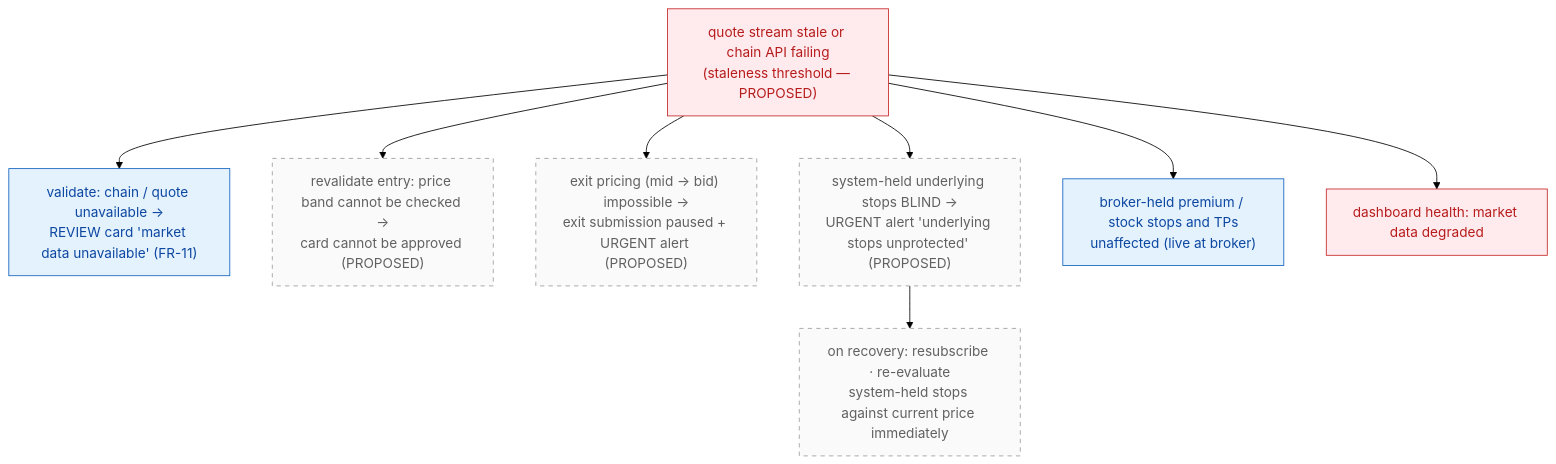
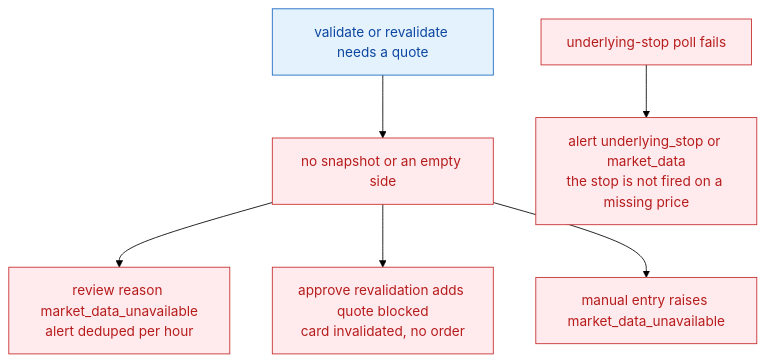
One commit to idolrun/trading-agent changed the sixth of 7 diagrams in docs/diagrams/09-failure-recovery.md. Above: the diagram before and after it, drawn with Mermaid (forest theme). The commit also changed other lines of this file and 131 other files, not shown here.

First line of the commit message:
docs: update architecture and data flow diagrams for clarity and consistency

````diff
--- a/docs/diagrams/09-failure-recovery.md
+++ b/docs/diagrams/09-failure-recovery.md
@@ -265,23 +192,18 @@
 ```mermaid
 flowchart TB
     classDef code fill:#e3f2fd,stroke:#1565c0,color:#0d47a1
     classDef fail fill:#ffebee,stroke:#c62828,color:#b71c1c
-    classDef prop fill:#fafafa,stroke:#9e9e9e,color:#616161,stroke-dasharray: 5 5
 
-    MD["quote stream stale or chain API failing<br/>(staleness threshold — PROPOSED)"]:::fail
-    A1["validate: chain / quote unavailable →<br/>REVIEW card 'market data unavailable' (FR-11)"]:::code
-    A2["revalidate entry: price band cannot be checked →<br/>card cannot be approved (PROPOSED)"]:::prop
-    A3["exit pricing (mid → bid) impossible →<br/>exit submission paused + URGENT alert (PROPOSED)"]:::prop
-    A4["system-held underlying stops BLIND →<br/>URGENT alert 'underlying stops unprotected' (PROPOSED)"]:::prop
-    A5["broker-held premium / stock stops and TPs<br/>unaffected (live at broker)"]:::code
-    A6["dashboard health: market data degraded"]:::fail
-    R["on recovery: resubscribe · re-evaluate<br/>system-held stops against current price immediately"]:::prop
+    Q["validate or revalidate needs a quote"]:::code
+    MISS["no snapshot or an empty side"]:::fail
+    REV["review reason market_data_unavailable<br/>alert deduped per hour"]:::fail
+    APR["approve revalidation adds quote blocked<br/>card invalidated, no order"]:::fail
+    MAN["manual entry raises market_data_unavailable"]:::fail
+    STOP["underlying-stop poll fails"]:::fail
+    AL["alert underlying_stop or market_data<br/>the stop is not fired on a missing price"]:::fail
 
-    MD --> A1
-    MD --> A2
-    MD --> A3
-    MD --> A4
-    MD --> A5
-    MD --> A6
-    A4 --> R
+    Q --> MISS --> REV
+    MISS --> APR
+    MISS --> MAN
+    STOP --> AL
 ```
````
